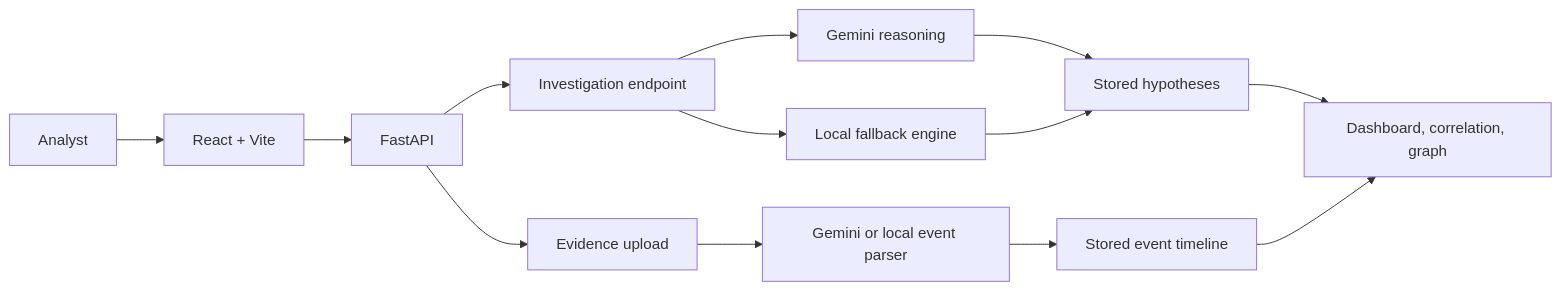
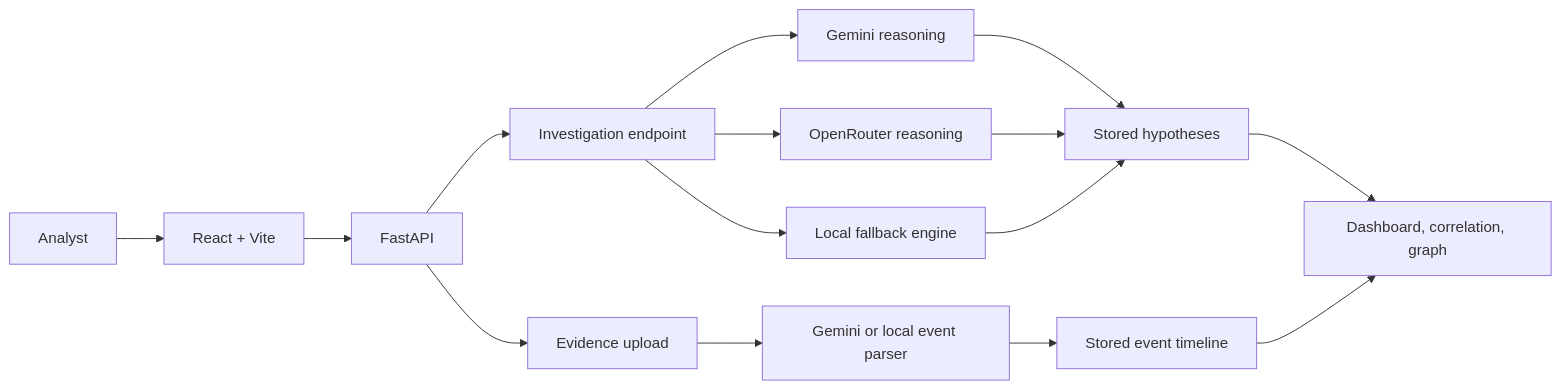
One commit to loveshroy67/black-box-investigator changed the diagram in README.md. Above: the diagram before and after it, drawn with Mermaid. The commit also changed other lines of this file and 8 other files, not shown here.

````diff
--- a/README.md
+++ b/README.md
@@ -23,15 +23,17 @@
 ```mermaid
 flowchart LR
     User[Analyst] --> Frontend[React + Vite]
     Frontend --> API[FastAPI]
     API --> Upload[Evidence upload]
     Upload --> Extract[Gemini or local event parser]
     Extract --> Timeline[Stored event timeline]
     API --> Investigate[Investigation endpoint]
     Investigate --> Gemini[Gemini reasoning]
+    Investigate --> Router[OpenRouter reasoning]
     Investigate --> Local[Local fallback engine]
     Gemini --> Hypotheses[Stored hypotheses]
+    Router --> Hypotheses
     Local --> Hypotheses
     Hypotheses --> Views[Dashboard, correlation, graph]
     Timeline --> Views
 ```
````
